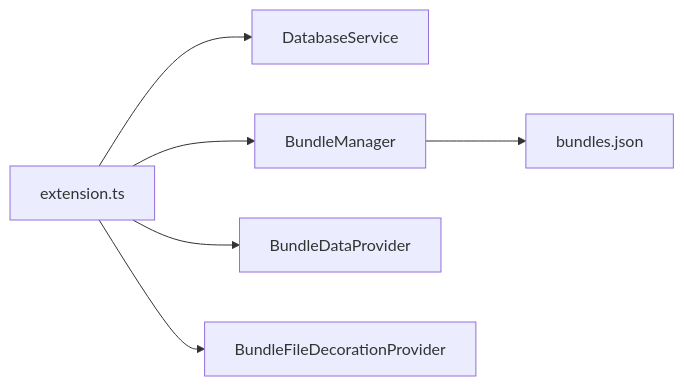
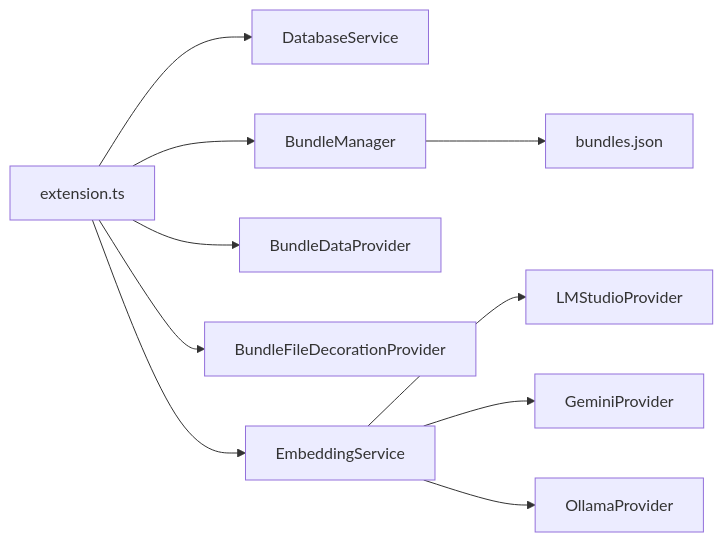
Before and after one commit to bramburn/repomix-runner: the eighth of 11 diagrams in .qoder/repowiki/en/content/Storage System/Provider Patterns and Integration.md, drawn with Mermaid. The commit also changed other lines of this file and 19 other files, not shown here.

````diff
--- a/.qoder/repowiki/en/content/Storage System/Provider Patterns and Integration.md
+++ b/.qoder/repowiki/en/content/Storage System/Provider Patterns and Integration.md
@@ -314,8 +366,12 @@
 ```mermaid
 graph LR
 EXT["extension.ts"] --> DB["DatabaseService"]
 EXT --> BM["BundleManager"]
 EXT --> BDP["BundleDataProvider"]
 EXT --> DEC["BundleFileDecorationProvider"]
+EXT --> ETS["EmbeddingService"]
 BM --> FS["bundles.json"]
+ETS --> LMP["LMStudioProvider"]
+ETS --> GMP["GeminiProvider"]
+ETS --> OMP["OllamaProvider"]
 ```
````
